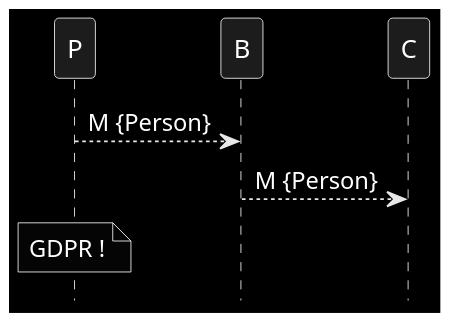
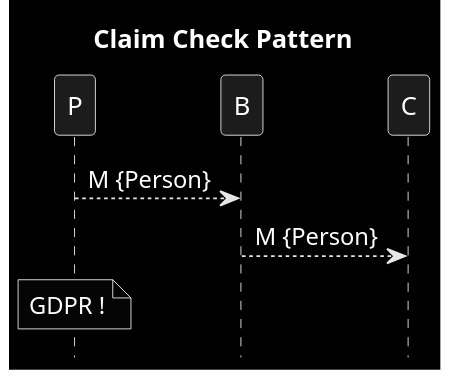
The diagram in patterns/7_claim_check.puml (victorrentea/kafka), drawn with PlantUML before and after one commit. The commit also changed 15 other files, not shown here.

```diff
--- a/patterns/7_claim_check.puml
+++ b/patterns/7_claim_check.puml
@@ -1,8 +1,9 @@
 @startuml
+title Claim Check Pattern
 hide footbox
 skinparam monochrome reverse
 
 P-->B: M {Person}
 B-->C: M {Person}
 note over P: GDPR !
 @enduml
```
